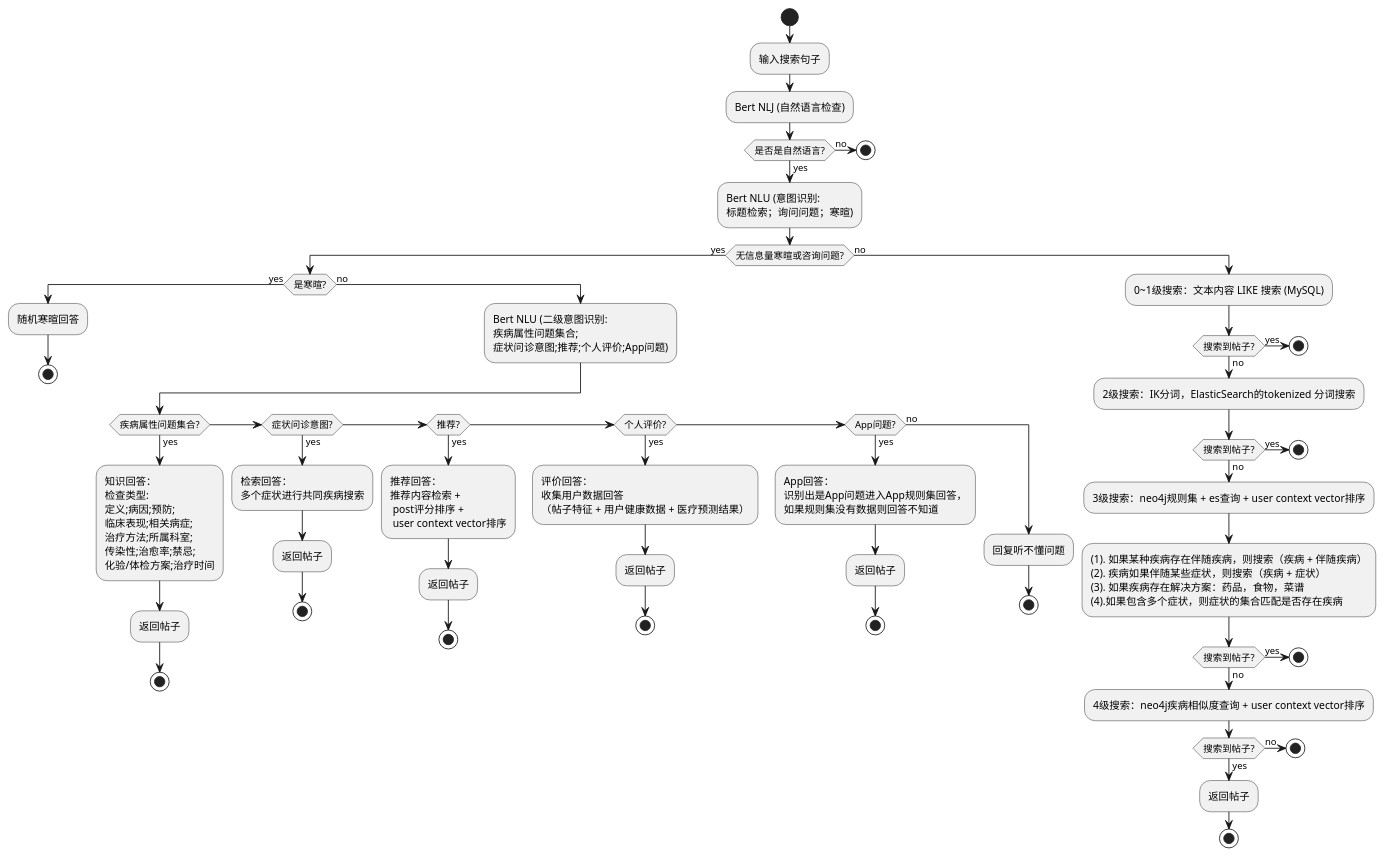
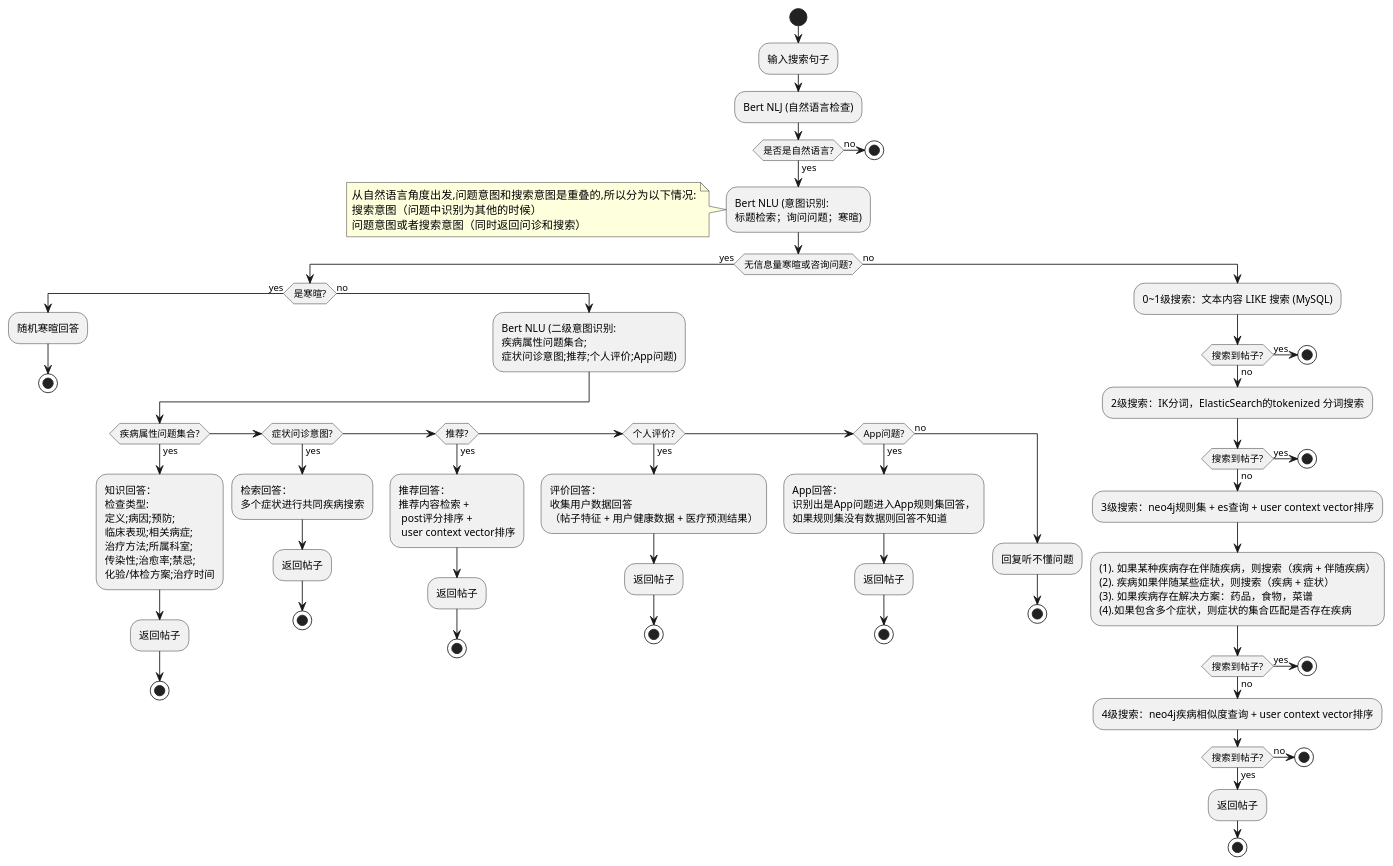
Before and after one commit to nangong918/SmartMedicine-App: the diagram in spring-server/business/search-service/docs/搜索引擎流程planC.puml, drawn with PlantUML. The commit also changed 4 other files, not shown here.

```diff
--- a/spring-server/business/search-service/docs/搜索引擎流程planC.puml
+++ b/spring-server/business/search-service/docs/搜索引擎流程planC.puml
@@ -1,81 +1,85 @@
 @startuml
 ' Styling options - feel free to adjust
 
 start
 :输入搜索句子;
 
 ' Natural Language Check
 :Bert NLJ (自然语言检查);
 if (是否是自然语言?) then (no)
   stop
 else (yes)
   ' Intent Recognition
   :Bert NLU (意图识别:\n标题检索；询问问题；寒暄);
-
+    note
+    从自然语言角度出发,问题意图和搜索意图是重叠的,所以分为以下情况:
+    搜索意图（问题中识别为其他的时候）
+    问题意图或者搜索意图（同时返回问诊和搜索）
+    end note
   if (无信息量寒暄或咨询问题?) then (yes)
     if (是寒暄?) then (yes)
       :随机寒暄回答;
       stop
     else (no)
       :Bert NLU (二级意图识别:\n疾病属性问题集合;\n症状问诊意图;推荐;个人评价;App问题);
       if (疾病属性问题集合?) then (yes)
         :知识回答：\n检查类型:\n定义;病因;预防;\n临床表现;相关病症;\n治疗方法;所属科室;\n传染性;治愈率;禁忌;\n化验/体检方案;治疗时间;
         :返回帖子;
         stop
       elseif (症状问诊意图?) then (yes)
         :检索回答：\n多个症状进行共同疾病搜索;
         :返回帖子;
         stop
       elseif (推荐?) then (yes)
         :推荐回答：\n推荐内容检索 + \n post评分排序 + \n user context vector排序;
         :返回帖子;
         stop
       elseif (个人评价?) then (yes)
         :评价回答：\n收集用户数据回答\n（帖子特征 + 用户健康数据 + 医疗预测结果）;
         :返回帖子;
         stop
       elseif (App问题?) then (yes)
         :App回答：\n识别出是App问题进入App规则集回答，\n如果规则集没有数据则回答不知道;
         :返回帖子;
         stop
       else (no)
         :回复听不懂问题;
         stop
       endif
 
     endif
   else (no)
     ' Search Branch - Level 1
     :0~1级搜索：文本内容 LIKE 搜索 (MySQL);
     if (搜索到帖子?) then (yes)
       stop
     else (no)
       ' Search Branch - Level 2
       :2级搜索：IK分词，ElasticSearch的tokenized 分词搜索;
       if (搜索到帖子?) then (yes)
         stop
       else (no)
         ' Search Branch - Level 3
         :3级搜索：neo4j规则集 + es查询 + user context vector排序;
         :(1). 如果某种疾病存在伴随疾病，则搜索（疾病 + 伴随疾病）
         (2). 疾病如果伴随某些症状，则搜索（疾病 + 症状）
         (3). 如果疾病存在解决方案：药品，食物，菜谱
         (4).如果包含多个症状，则症状的集合匹配是否存在疾病;
         if (搜索到帖子?) then (yes)
           stop
         else (no)
           :4级搜索：neo4j疾病相似度查询 + user context vector排序;
           if (搜索到帖子?) then (yes)
             :返回帖子;
             stop
           else (no)
             ' Search Branch - Level 4
             stop
           endif
         endif
       endif
     endif
   endif
 endif
 
 @enduml
```
